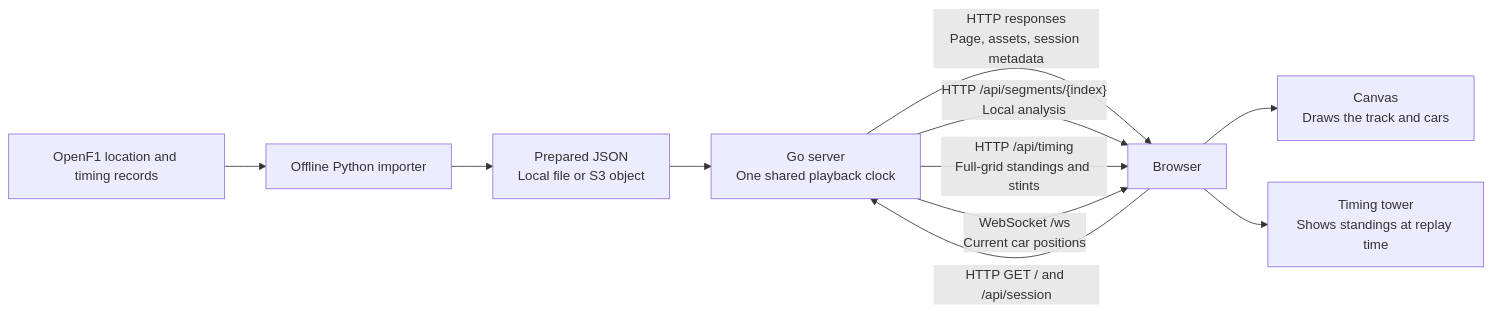
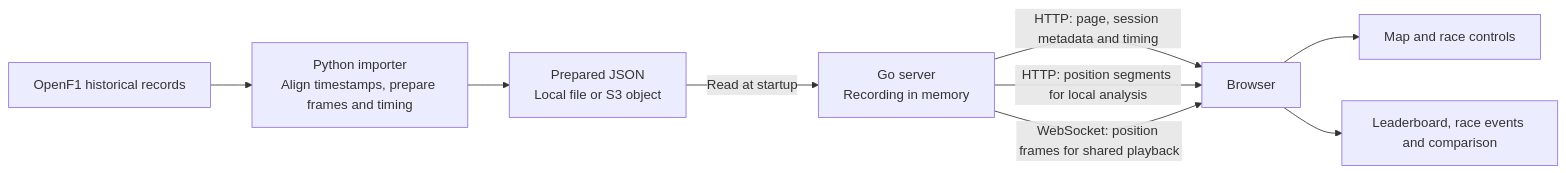
The diagram in PROJECT_GUIDE.md (auscodes/f1-race-replay), drawn with Mermaid before and after one commit. The commit also changed other lines of this file, not shown here.

````diff
--- a/PROJECT_GUIDE.md
+++ b/PROJECT_GUIDE.md
@@ -7,13 +15,11 @@
 ```mermaid
 flowchart LR
-    S["OpenF1 location and timing records"] --> P["Offline Python importer"]
-    P --> A["Prepared JSON<br/>Local file or S3 object"]
-    A --> B["Go server<br/>One shared playback clock"]
-    C["Browser"] -->|"HTTP GET / and /api/session"| B
-    B -->|"HTTP responses<br/>Page, assets, session metadata"| C
-    B -->|"HTTP /api/segments/{index}<br/>Local analysis"| C
-    B -->|"HTTP /api/timing<br/>Full-grid standings and stints"| C
-    B -->|"WebSocket /ws<br/>Current car positions"| C
-    C --> D["Canvas<br/>Draws the track and cars"]
-    C --> E["Timing tower<br/>Shows standings at replay time"]
+    A["OpenF1 historical records"] --> P["Python importer<br/>Align timestamps, prepare frames and timing"]
+    P --> R["Prepared JSON<br/>Local file or S3 object"]
+    R -->|"Read at startup"| G["Go server<br/>Recording in memory"]
+    G -->|"HTTP: page, session metadata and timing"| B["Browser"]
+    G -->|"HTTP: position segments for local analysis"| B
+    G -->|"WebSocket: position frames for shared playback"| B
+    B --> M["Map and race controls"]
+    B --> T["Leaderboard, race events and comparison"]
 ```
````
